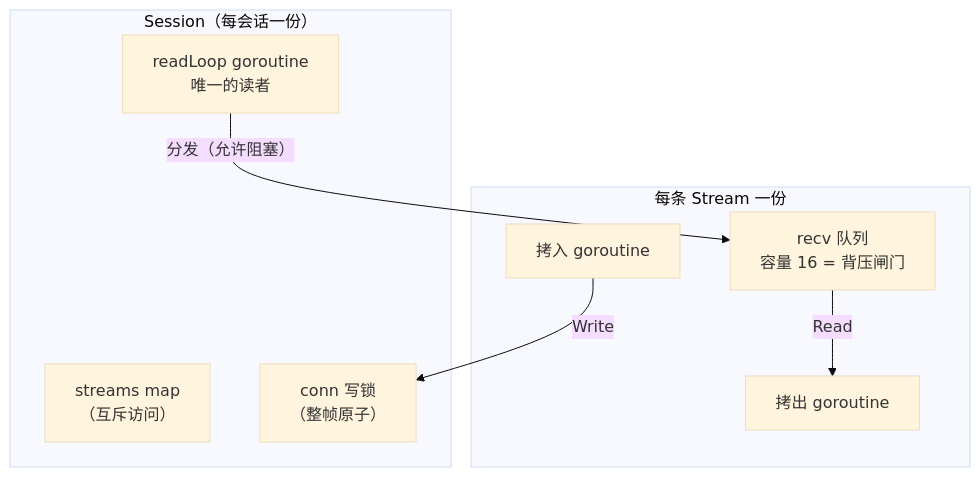
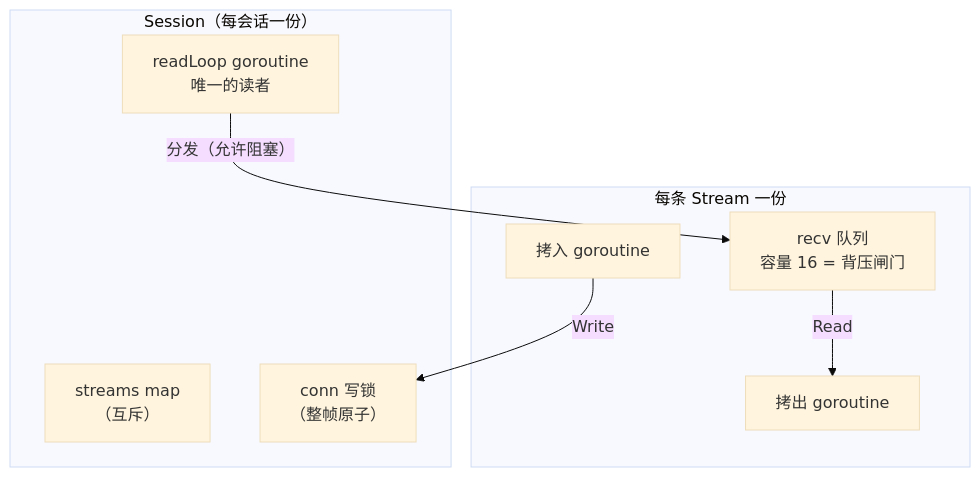
The third of 5 diagrams in docs/blog/posts/2026/10/28.md (yiiewang/yiiewang.github.io), drawn with Mermaid (base theme) before and after one commit. The commit also changed other lines of this file, not shown here.

````diff
--- a/docs/blog/posts/2026/10/28.md
+++ b/docs/blog/posts/2026/10/28.md
@@ -83,16 +121,16 @@
 ```mermaid
 flowchart TD
     subgraph SESSION["Session（每会话一份）"]
         RL["readLoop goroutine<br/>唯一的读者"]
-        MAP["streams map<br/>（互斥访问）"]
+        MAP["streams map<br/>（互斥）"]
         LOCK["conn 写锁<br/>（整帧原子）"]
     end
     subgraph STREAM["每条 Stream 一份"]
         Q["recv 队列<br/>容量 16 = 背压闸门"]
         G1["拷入 goroutine"]
         G2["拷出 goroutine"]
     end
     RL -->|"分发（允许阻塞）"| Q
     G1 -->|"Write"| LOCK
     Q -->|"Read"| G2
 ```
````
